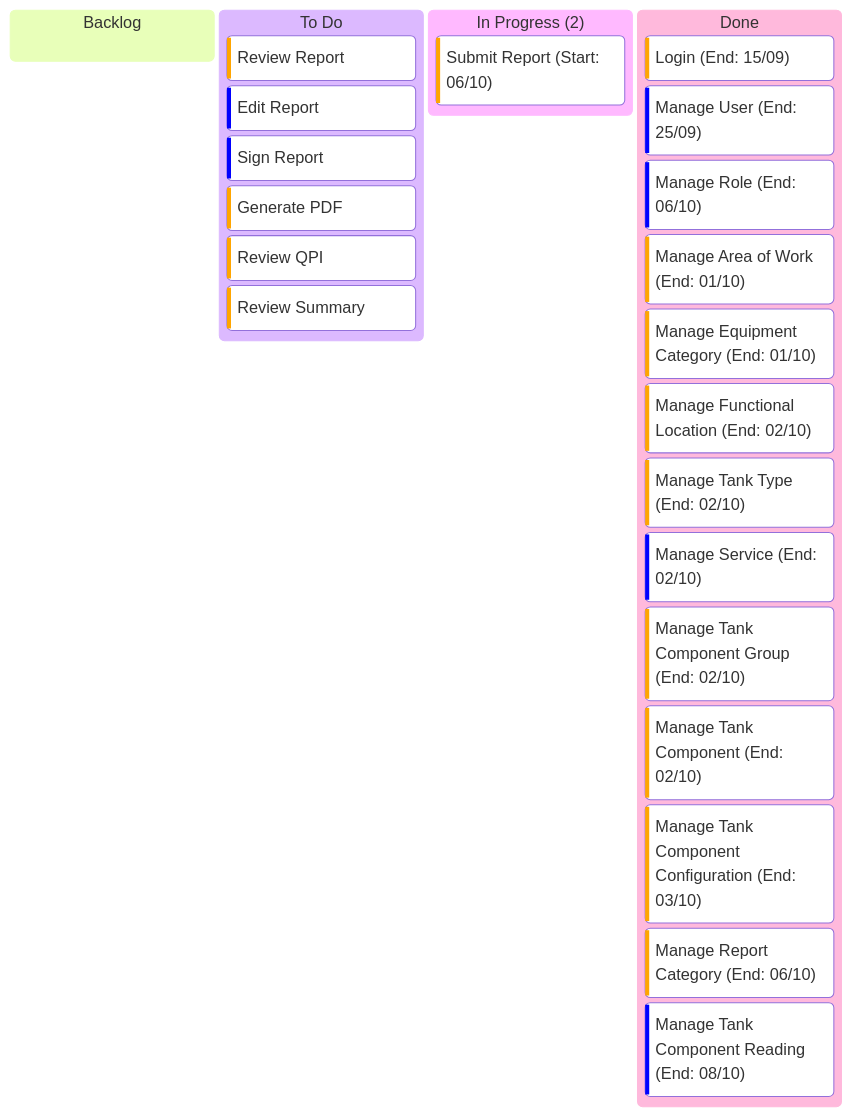
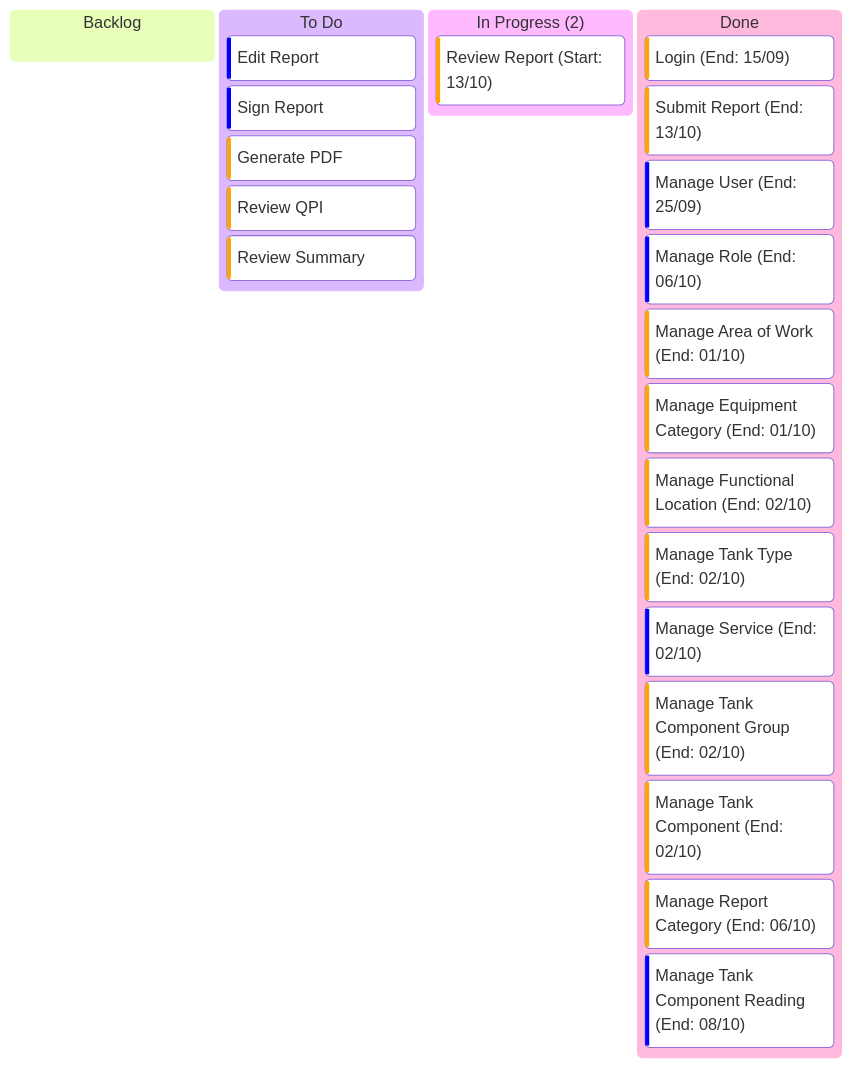
Before and after one commit to billdansr/kanban-boc-om: the diagram in Kanban/02-Kanban.md, drawn with Mermaid. The commit also changed 9 other files, not shown here.

````diff
--- a/Kanban/02-Kanban.md
+++ b/Kanban/02-Kanban.md
@@ -3,33 +3,29 @@
 ```mermaid
 kanban
   backlog[Backlog]
 
   todo[To Do]
-	  uc03[Review Report]@{priority: 'High'}
 	  uc04[Edit Report]@{priority: 'Low'}
 	  uc05[Sign Report]@{priority: 'Low'}
 	  uc06[Generate PDF]@{priority: 'High'}
 	  uc07[Review QPI]@{priority: 'High'}
 	  uc08[Review Summary]@{priority: 'High'}
 	  
-	  
   inprogress["In Progress (2)"]
-	  uc02["Submit Report (Start: 06/10)"]@{priority: 'High'}
-	  
+	  uc03["Review Report (Start: 13/10)"]@{priority: 'High'}	  
 
   done[Done]
 	  uc01["Login (End: 15/09)"]@{priority: 'High'}
+	  uc02["Submit Report (End: 13/10)"]@{priority: 'High'}	  
 	  uc09["Manage User (End: 25/09)"]@{priority: 'Low'}
 	  uc10["Manage Role (End: 06/10)"]@{priority: 'Low'}
 	  uc11["Manage Area of Work (End: 01/10)"]@{priority: 'High'}
 	  uc12["Manage Equipment Category (End: 01/10)"]@{priority: 'High'}
 	  uc13["Manage Functional Location (End: 02/10)"]@{priority: 'High'}
 	  uc14["Manage Tank Type (End: 02/10)"]@{priority: 'High'}
 	  uc15["Manage Service (End: 02/10)"]@{priority: 'Low'}
 	  uc16["Manage Tank Component Group (End: 02/10)"]@{priority: 'High'}
 	  uc17["Manage Tank Component (End: 02/10)"]@{priority: 'High'}
-	  uc18["Manage Tank Component Configuration (End: 03/10)"]@{priority: 'High'}
-	  uc19["Manage Report Category (End: 06/10)"]@{priority: 'High'}
-	  uc20["Manage Tank Component Reading (End: 08/10)"]@{priority: 'Low'}
-	  
+	  uc18["Manage Report Category (End: 06/10)"]@{priority: 'High'}
+	  uc19["Manage Tank Component Reading (End: 08/10)"]@{priority: 'Low'}
 ```
````
